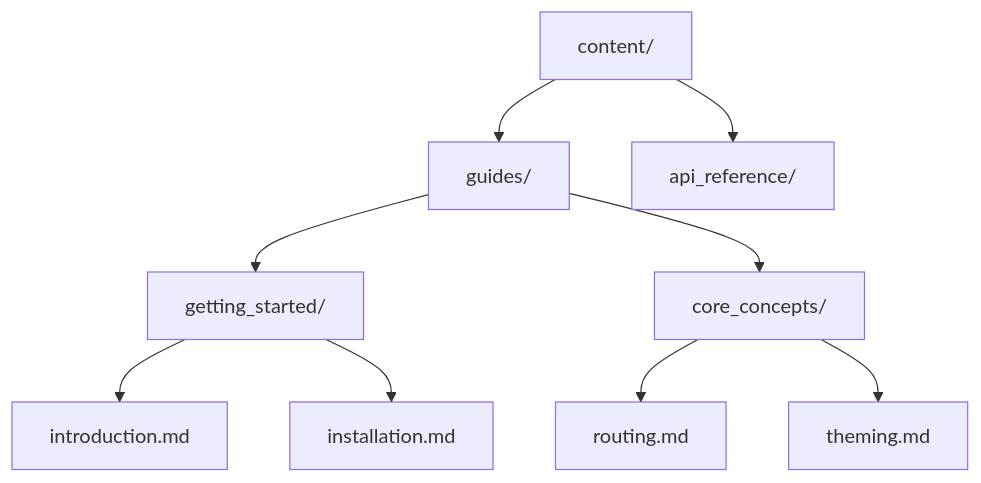
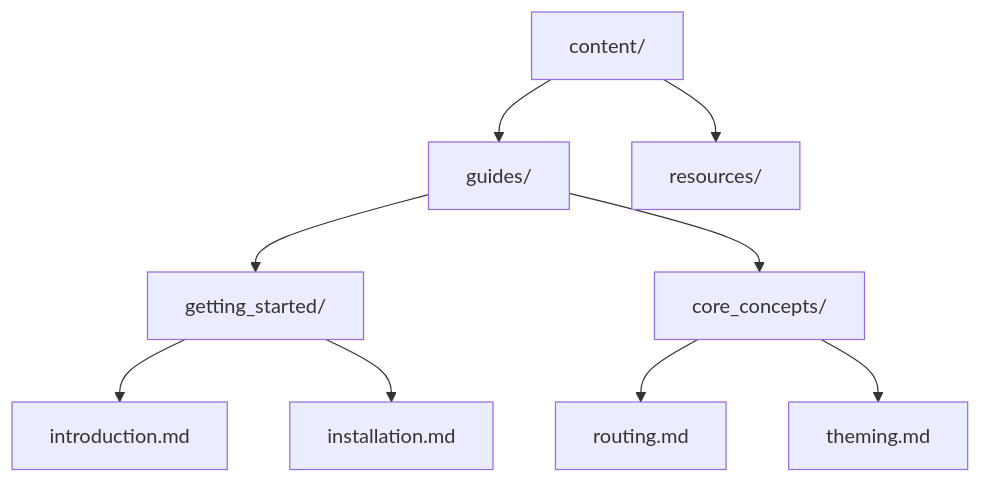
Before and after one commit to sonmezerekrem/echox: the diagram in example/content/guides/core_concepts/routing.md, drawn with Mermaid. The commit also changed 18 other files, not shown here.

Commit message:
Refactor configuration and remove deprecated API documentation. Update links in config.json and guides to reflect new structure, replacing 'api_reference' with 'resources'. Clean up old API files and adjust changelog entries for clarity.

````diff
--- a/example/content/guides/core_concepts/routing.md
+++ b/example/content/guides/core_concepts/routing.md
@@ -26,11 +26,11 @@
 ```mermaid
 flowchart TD
     ContentDir["content/"] --> Tab1["guides/"]
-    ContentDir --> Tab2["api_reference/"]
+    ContentDir --> Tab2["resources/"]
     Tab1 --> Group1["getting_started/"]
     Tab1 --> Group2["core_concepts/"]
     Group1 --> Page1["introduction.md"]
     Group1 --> Page2["installation.md"]
     Group2 --> Page3["routing.md"]
     Group2 --> Page4["theming.md"]
 ```
````
